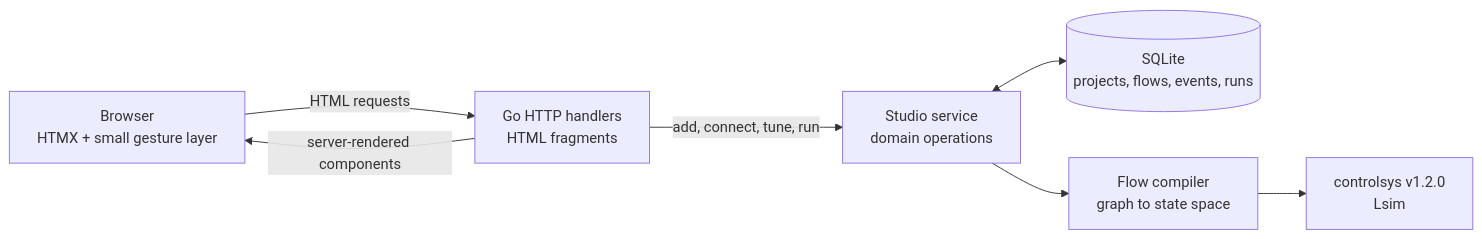
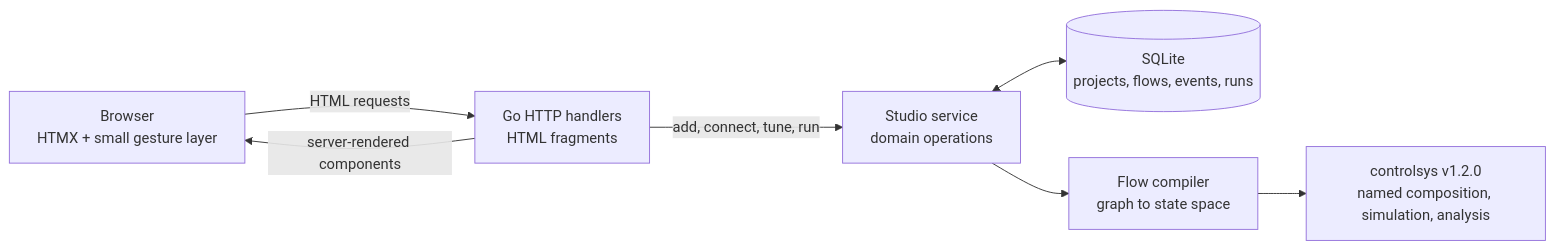
Before and after one commit to jamestjsp/go-htmx: the diagram in README.md, drawn with Mermaid. The commit also changed other lines of this file and 6 other files, not shown here.

````diff
--- a/README.md
+++ b/README.md
@@ -198,16 +198,16 @@
 ```mermaid
 flowchart LR
     Browser["Browser<br/>HTMX + small gesture layer"]
     HTTP["Go HTTP handlers<br/>HTML fragments"]
     Studio["Studio service<br/>domain operations"]
     SQLite[("SQLite<br/>projects, flows, events, runs")]
     Compiler["Flow compiler<br/>graph to state space"]
-    Controlsys["controlsys v1.2.0<br/>Lsim"]
+    Controlsys["controlsys v1.2.0<br/>named composition, simulation, analysis"]
 
     Browser -- "HTML requests" --> HTTP
     HTTP -- "add, connect, tune, run" --> Studio
     Studio <--> SQLite
     Studio --> Compiler
     Compiler --> Controlsys
     HTTP -- "server-rendered components" --> Browser
 ```
````
